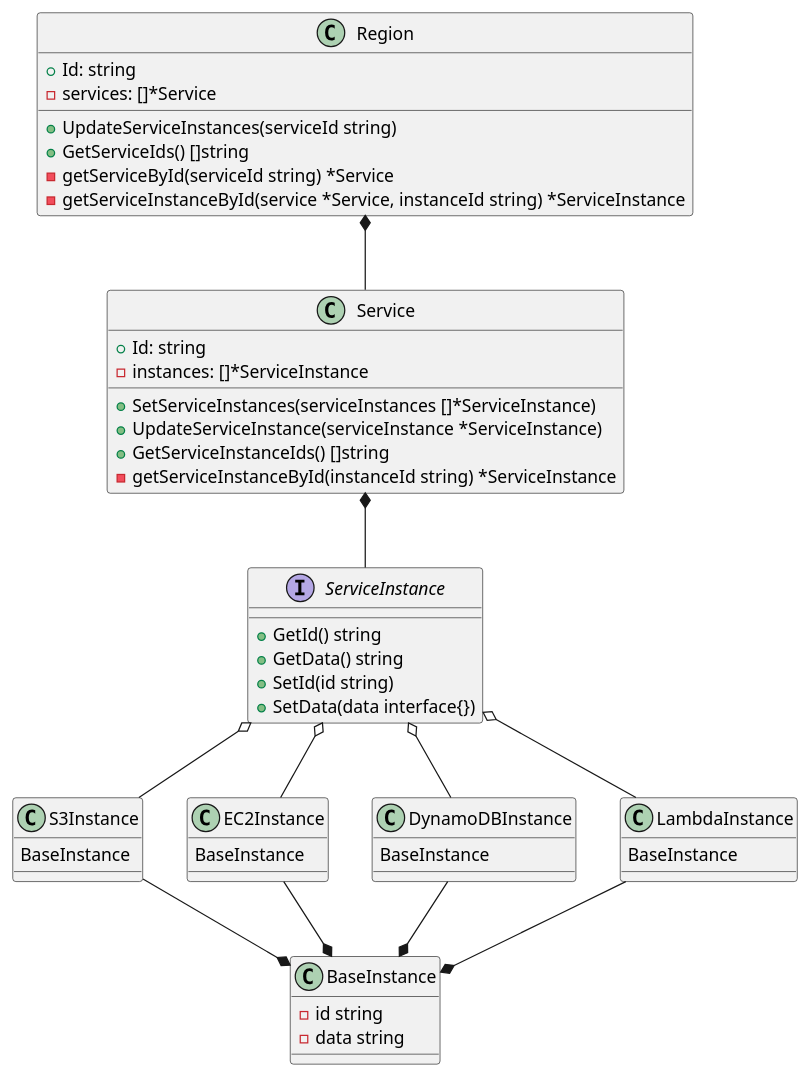
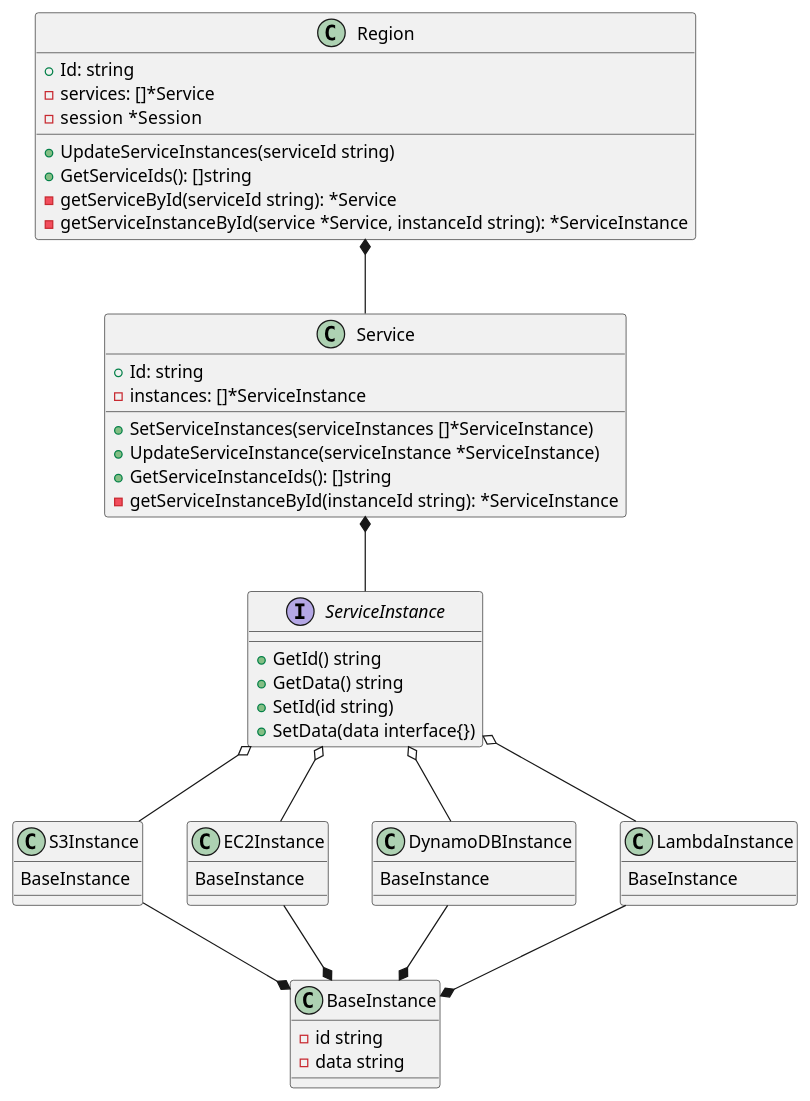
One commit to kidomine/awsexplorer changed the diagram in docs/diagrams/model.puml. Above: the diagram before and after it, drawn with PlantUML. The commit also changed 14 other files, not shown here.

```diff
--- a/docs/diagrams/model.puml
+++ b/docs/diagrams/model.puml
@@ -1,65 +1,66 @@
 @startuml
 
 ' UI Widgets
 
 class Region {
     +Id: string
     -services: []*Service
+    -session  *Session
     +UpdateServiceInstances(serviceId string)
-    +GetServiceIds() []string
-    -getServiceById(serviceId string) *Service
-    -getServiceInstanceById(service *Service, instanceId string) *ServiceInstance
+    +GetServiceIds(): []string
+    -getServiceById(serviceId string): *Service
+    -getServiceInstanceById(service *Service, instanceId string): *ServiceInstance
 }
 
 class Service {
     +Id: string
     -instances: []*ServiceInstance
     +SetServiceInstances(serviceInstances []*ServiceInstance)
     +UpdateServiceInstance(serviceInstance *ServiceInstance)
-    +GetServiceInstanceIds() []string
-    -getServiceInstanceById(instanceId string) *ServiceInstance
+    +GetServiceInstanceIds(): []string
+    -getServiceInstanceById(instanceId string): *ServiceInstance
 }
 
 interface ServiceInstance {
     +GetId() string
 	+GetData() string
 	+SetId(id string)
 	+SetData(data interface{})
 }
 
 class BaseInstance {
     -id string
     -data string
 }
 
 class LambdaInstance {
     BaseInstance
 }
 
 class DynamoDBInstance {
     BaseInstance
 }
 
 class EC2Instance {
     BaseInstance
 }
 
 class S3Instance {
     BaseInstance
 }
 
 Region *-down- Service
 Service *-down- ServiceInstance
 
 ServiceInstance o-down- LambdaInstance
 ServiceInstance o-down- DynamoDBInstance
 ServiceInstance o-down- EC2Instance
 ServiceInstance o-down- S3Instance
 
 BaseInstance *-up- LambdaInstance
 BaseInstance *-up- DynamoDBInstance
 BaseInstance *-up- EC2Instance
 BaseInstance *-up- S3Instance
 
 
 @enduml
```
